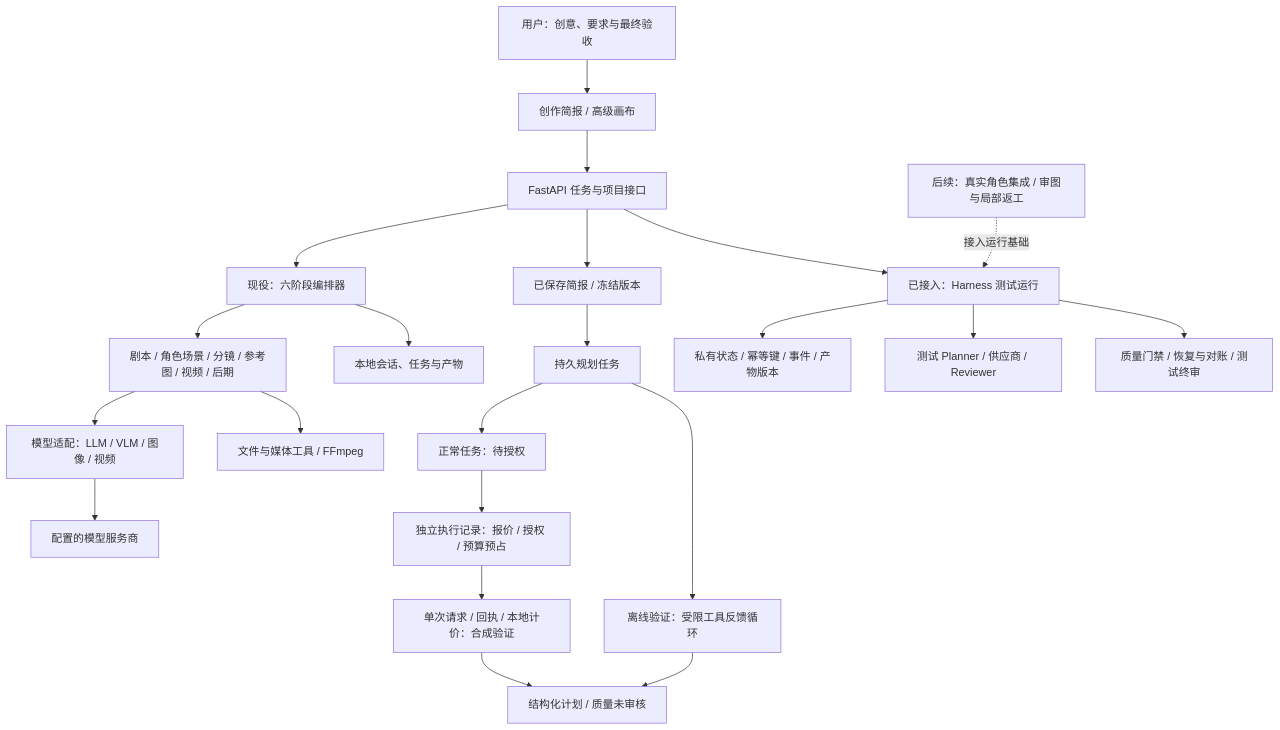
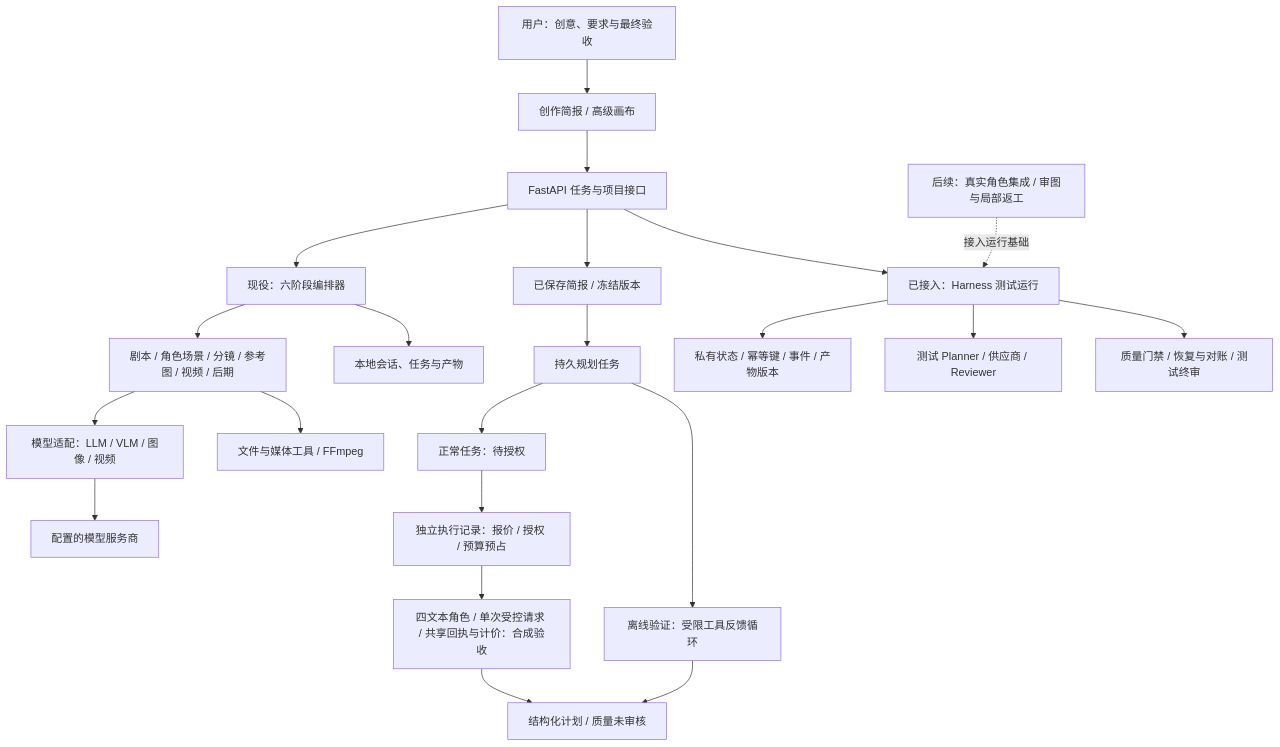
Before and after one commit to leo-ai-pm/LeonTV: the diagram in README.md, drawn with Mermaid. The commit also changed other lines of this file and 6 other files, not shown here.

````diff
--- a/README.md
+++ b/README.md
@@ -69,24 +69,24 @@
 ```mermaid
 flowchart TD
     User[用户：创意、要求与最终验收] --> UI[创作简报 / 高级画布]
     UI --> API[FastAPI 任务与项目接口]
     API --> Workflow[现役：六阶段编排器]
     Workflow --> Agents[剧本 / 角色场景 / 分镜 / 参考图 / 视频 / 后期]
     Agents --> Models[模型适配：LLM / VLM / 图像 / 视频]
     Agents --> Tools[文件与媒体工具 / FFmpeg]
     Workflow --> Store[本地会话、任务与产物]
     Models --> Providers[配置的模型服务商]
     API --> Brief[已保存简报 / 冻结版本]
     Brief --> Planner[持久规划任务]
     Planner --> Wait[正常任务：待授权]
     Wait --> Control[独立执行记录：报价 / 授权 / 预算预占]
-    Control --> Synthetic[单次请求 / 回执 / 本地计价：合成验证]
+    Control --> Synthetic[四文本角色 / 单次受控请求 / 共享回执与计价：合成验收]
     Synthetic --> Plan
     Planner --> Loop[离线验证：受限工具反馈循环]
     Loop --> Plan[结构化计划 / 质量未审核]
     API --> Runtime[已接入：Harness 测试运行]
     Runtime --> Private[私有状态 / 幂等键 / 事件 / 产物版本]
     Runtime --> Fixtures[测试 Planner / 供应商 / Reviewer]
     Runtime --> Gates[质量门禁 / 恢复与对账 / 测试终审]
     Harness[后续：真实角色集成 / 审图与局部返工] -.接入运行基础.-> Runtime
 ```
````
